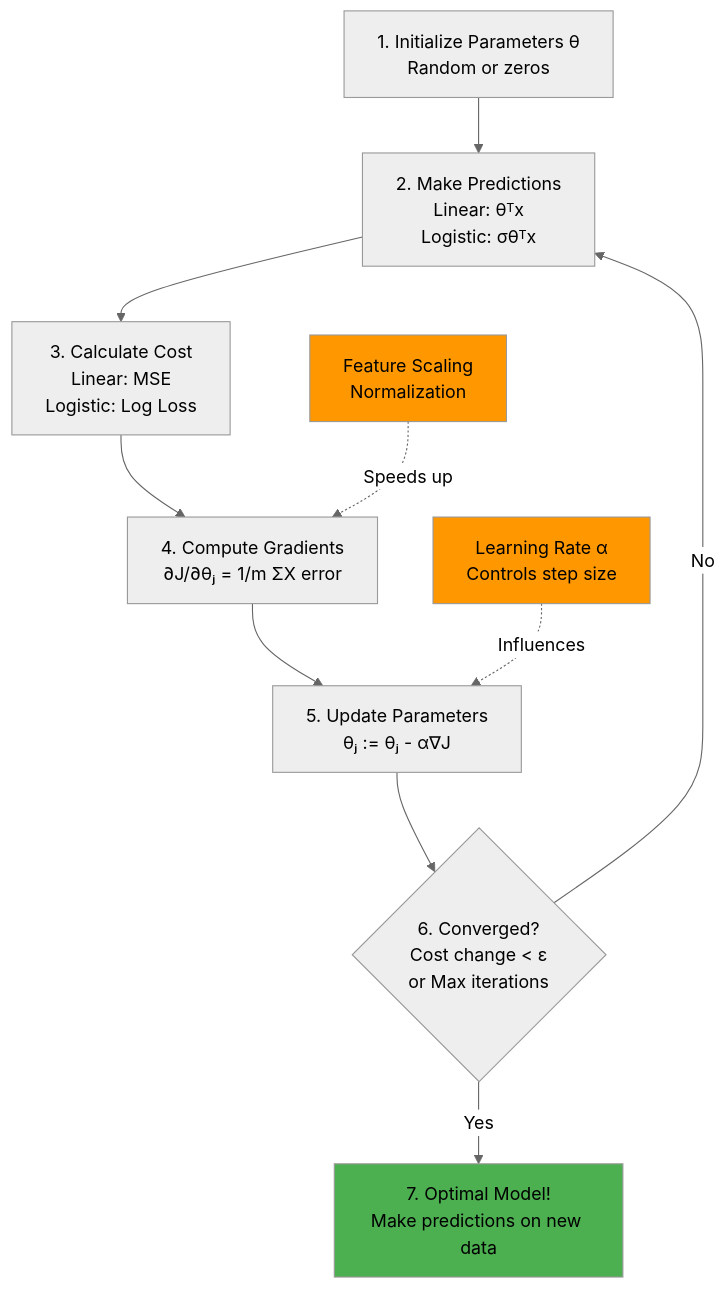
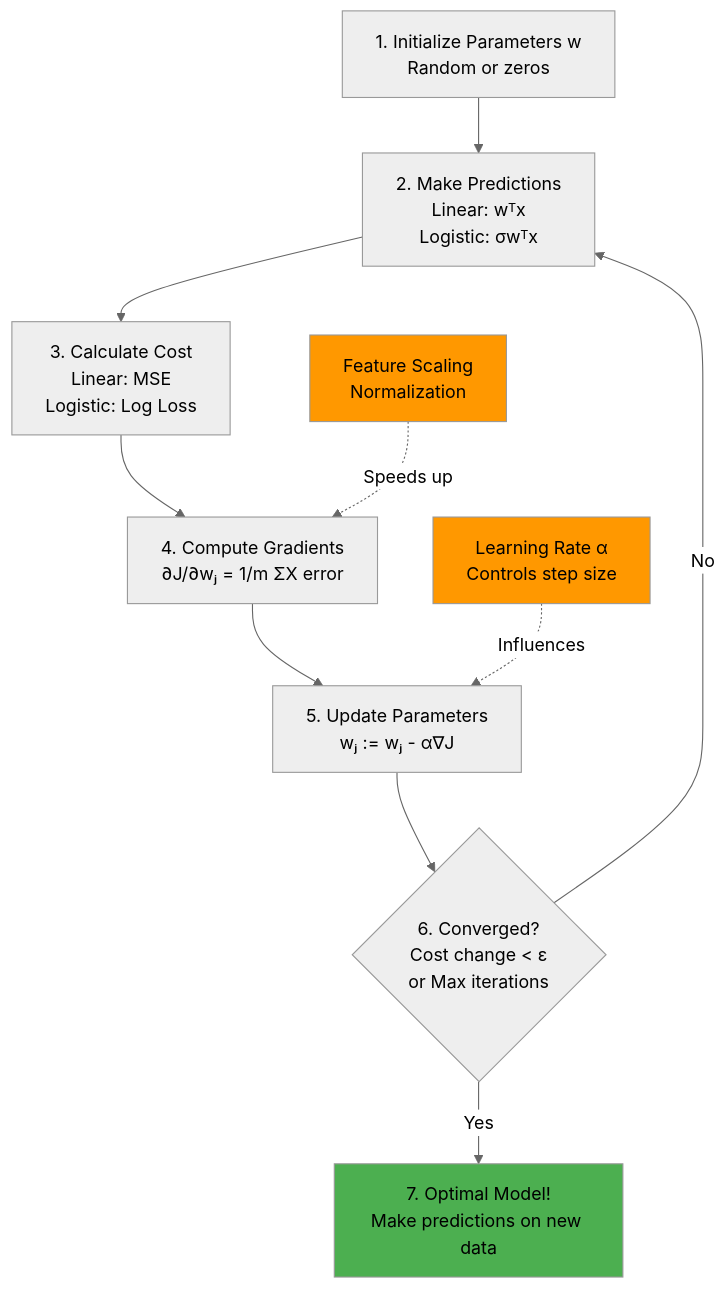
The fourth of 5 diagrams in linear&logestic_regression.md (BDWiii/AI-Curriculum), drawn with Mermaid (neutral theme) before and after one commit. The commit also changed other lines of this file and 3 other files, not shown here.

````diff
--- a/linear&logestic_regression.md
+++ b/linear&logestic_regression.md
@@ -318,17 +318,17 @@
 ```mermaid
 graph TD
-    A[1. Initialize Parameters θ<br/>Random or zeros] --> B[2. Make Predictions<br/>Linear: θᵀx<br/>Logistic: σθᵀx]
+    A[1. Initialize Parameters w<br/>Random or zeros] --> B[2. Make Predictions<br/>Linear: wᵀx<br/>Logistic: σwᵀx]
     B --> C[3. Calculate Cost<br/>Linear: MSE<br/>Logistic: Log Loss]
-    C --> D[4. Compute Gradients<br/>∂J/∂θⱼ = 1/m ΣX error]
-    D --> E[5. Update Parameters<br/>θⱼ := θⱼ - α∇J]
+    C --> D[4. Compute Gradients<br/>∂J/∂wⱼ = 1/m ΣX error]
+    D --> E[5. Update Parameters<br/>wⱼ := wⱼ - α∇J]
     E --> F{6. Converged?<br/>Cost change < ε<br/>or Max iterations}
     F -->|No| B
     F -->|Yes| G[7. Optimal Model!<br/>Make predictions on new data]
     
     H[Learning Rate α<br/>Controls step size] -.Influences.-> E
     I[Feature Scaling<br/>Normalization] -.Speeds up.-> D
     
     style G fill:#4CAF50
     style H fill:#FF9800
     style I fill:#FF9800
 ```
````
